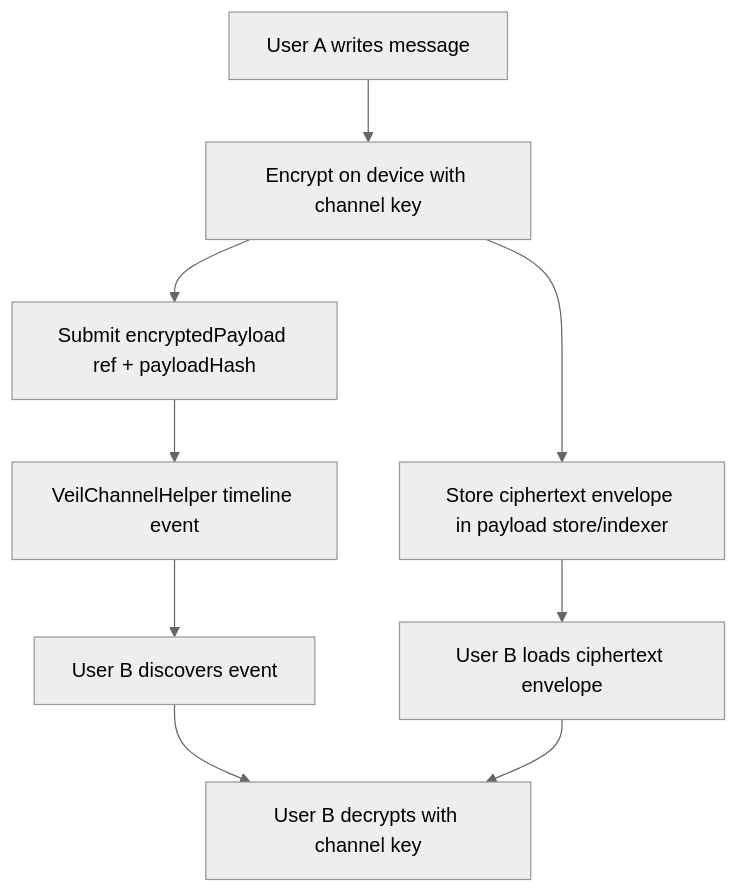
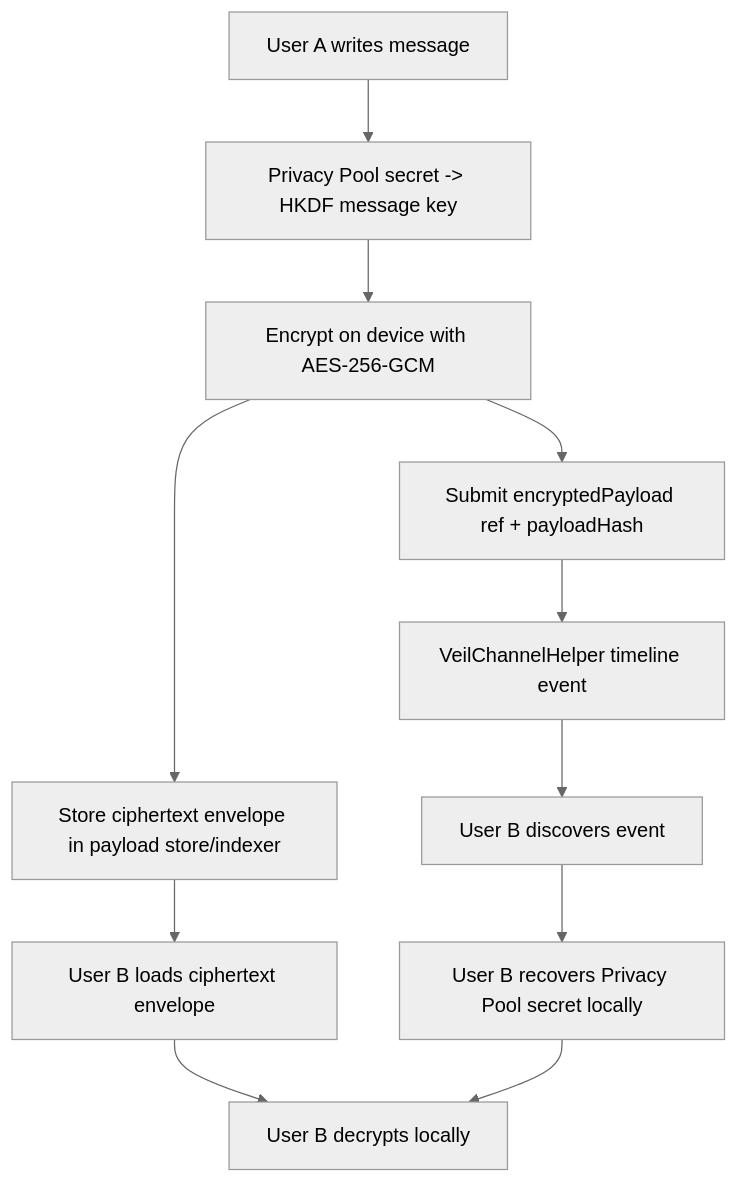
The first of 2 diagrams in docs/encrypted-channel-privacy.md (DXJLabs/velix), drawn with Mermaid (neutral theme) before and after one commit. The commit also changed other lines of this file and 16 other files, not shown here.

````diff
--- a/docs/encrypted-channel-privacy.md
+++ b/docs/encrypted-channel-privacy.md
@@ -7,11 +7,13 @@
 ```mermaid
 flowchart TD
-  A["User A writes message"] --> B["Encrypt on device with channel key"]
-  B --> C["Store ciphertext envelope in payload store/indexer"]
-  B --> D["Submit encryptedPayload ref + payloadHash"]
-  D --> E["VeilChannelHelper timeline event"]
-  E --> F["User B discovers event"]
-  C --> G["User B loads ciphertext envelope"]
-  F --> H["User B decrypts with channel key"]
-  G --> H
+  A["User A writes message"] --> B["Privacy Pool secret -> HKDF message key"]
+  B --> C["Encrypt on device with AES-256-GCM"]
+  C --> D["Store ciphertext envelope in payload store/indexer"]
+  C --> E["Submit encryptedPayload ref + payloadHash"]
+  E --> F["VeilChannelHelper timeline event"]
+  F --> G["User B discovers event"]
+  D --> H["User B loads ciphertext envelope"]
+  G --> I["User B recovers Privacy Pool secret locally"]
+  H --> J["User B decrypts locally"]
+  I --> J
 ```
````
